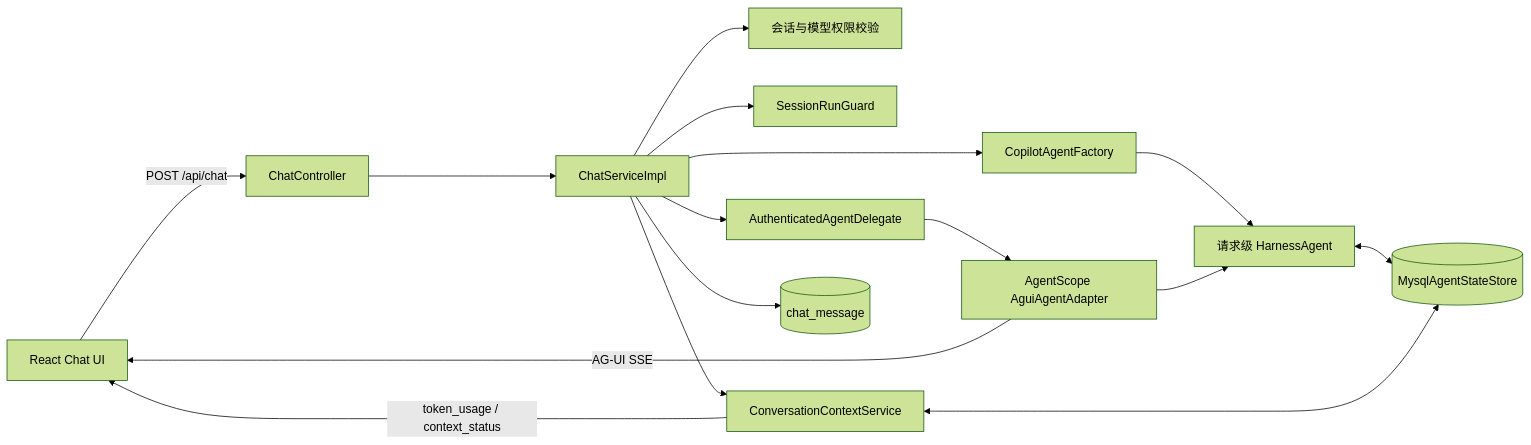
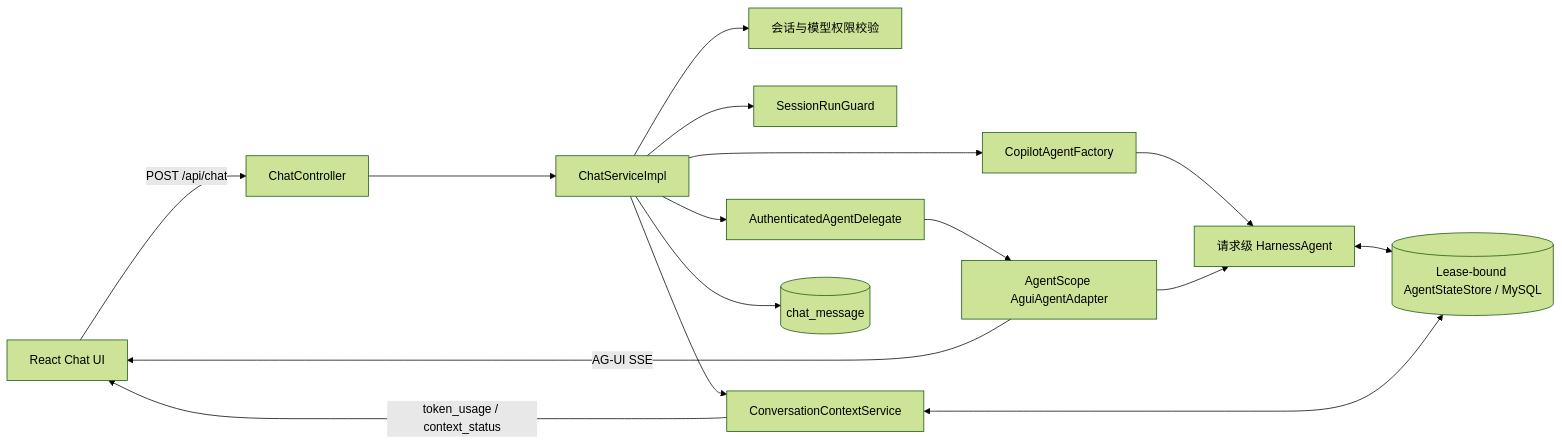
Before and after one commit to spring-ai-alibaba/copilot: the first of 2 diagrams in docs/agentscope-context-integration-design.md, drawn with Mermaid (forest theme). The commit also changed other lines of this file and 29 other files, not shown here.

````diff
--- a/docs/agentscope-context-integration-design.md
+++ b/docs/agentscope-context-integration-design.md
@@ -40,18 +40,18 @@
 ```mermaid
 flowchart LR
     UI["React Chat UI"] -->|"POST /api/chat"| API["ChatController"]
     API --> CHAT["ChatServiceImpl"]
     CHAT --> AUTH["会话与模型权限校验"]
     CHAT --> GUARD["SessionRunGuard"]
     CHAT --> FACTORY["CopilotAgentFactory"]
     FACTORY --> AGENT["请求级 HarnessAgent"]
     CHAT --> DELEGATE["AuthenticatedAgentDelegate"]
     DELEGATE --> ADAPTER["AgentScope AguiAgentAdapter"]
     ADAPTER --> AGENT
-    AGENT <--> STORE[("MysqlAgentStateStore")]
+    AGENT <--> STORE[("Lease-bound AgentStateStore / MySQL")]
     ADAPTER -->|"AG-UI SSE"| UI
     CHAT --> META["ConversationContextService"]
     META <--> STORE
     META -->|"token_usage / context_status"| UI
     CHAT --> TIMELINE[("chat_message")]
 ```
````
